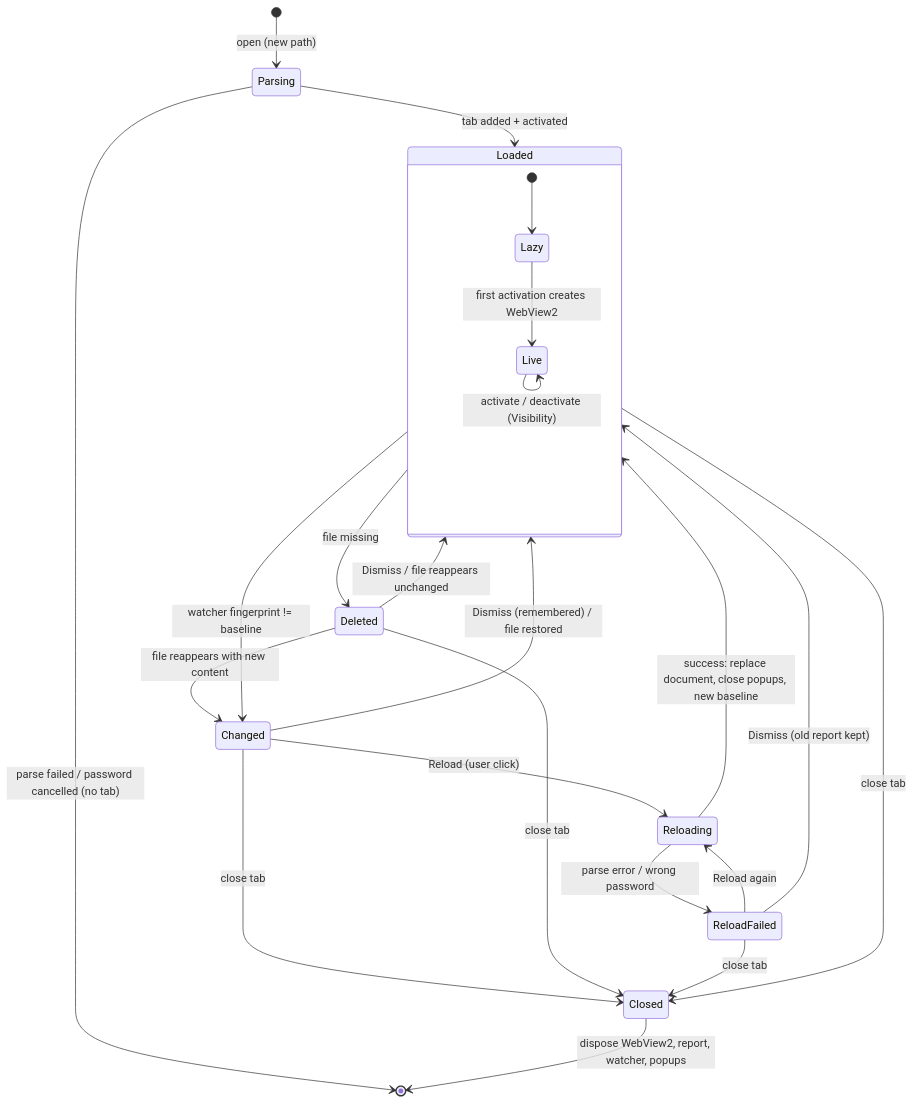
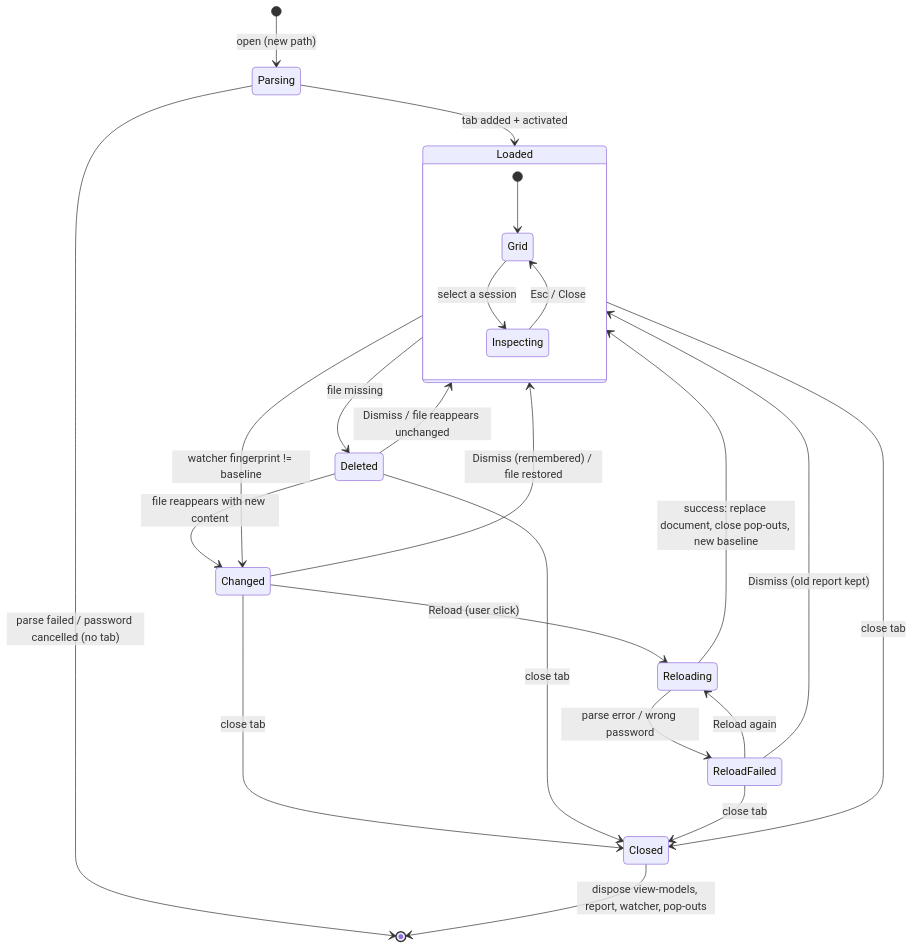
One commit to macienMSFT/Saz-Viewer changed the third of 5 diagrams in docs/architecture/data-flow.md. Above: the diagram before and after it, drawn with Mermaid. The commit also changed other lines of this file and 5 other files, not shown here.

Commit message:
Docs: native desktop view architecture, lazy loading, and WebView sandbox

````diff
--- a/docs/architecture/data-flow.md
+++ b/docs/architecture/data-flow.md
@@ -93,26 +90,26 @@
 ```mermaid
 stateDiagram-v2
     [*] --> Parsing: open (new path)
     Parsing --> [*]: parse failed / password cancelled (no tab)
     Parsing --> Loaded: tab added + activated
     state Loaded {
-        [*] --> Lazy
-        Lazy --> Live: first activation creates WebView2
-        Live --> Live: activate / deactivate (Visibility)
+        [*] --> Grid
+        Grid --> Inspecting: select a session
+        Inspecting --> Grid: Esc / Close
     }
     Loaded --> Changed: watcher fingerprint != baseline
     Loaded --> Deleted: file missing
     Changed --> Loaded: Dismiss (remembered) / file restored
     Deleted --> Loaded: Dismiss / file reappears unchanged
     Deleted --> Changed: file reappears with new content
     Changed --> Reloading: Reload (user click)
-    Reloading --> Loaded: success: replace document, close popups, new baseline
+    Reloading --> Loaded: success: replace document, close pop-outs, new baseline
     Reloading --> ReloadFailed: parse error / wrong password
     ReloadFailed --> Reloading: Reload again
     ReloadFailed --> Loaded: Dismiss (old report kept)
     Loaded --> Closed: close tab
     Changed --> Closed: close tab
     Deleted --> Closed: close tab
     ReloadFailed --> Closed: close tab
-    Closed --> [*]: dispose WebView2, report, watcher, popups
+    Closed --> [*]: dispose view-models, report, watcher, pop-outs
 ```
````
